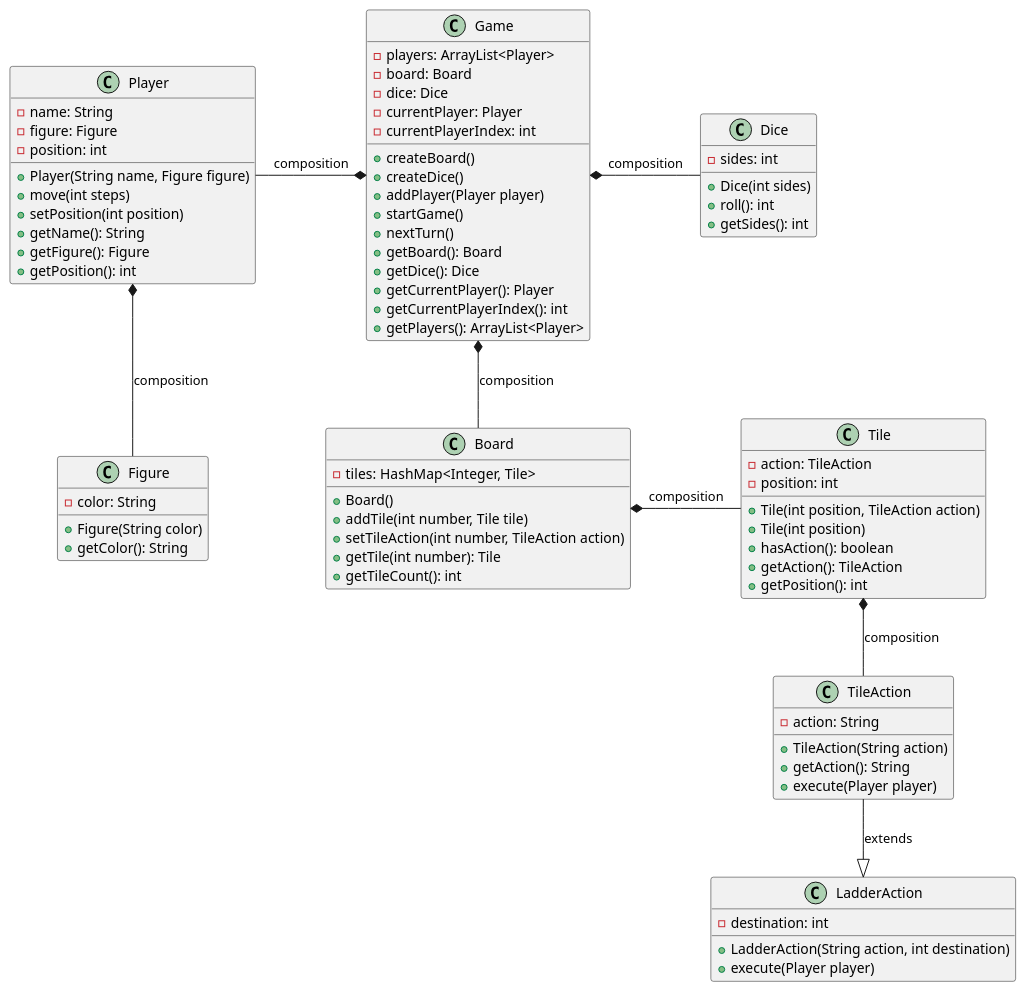
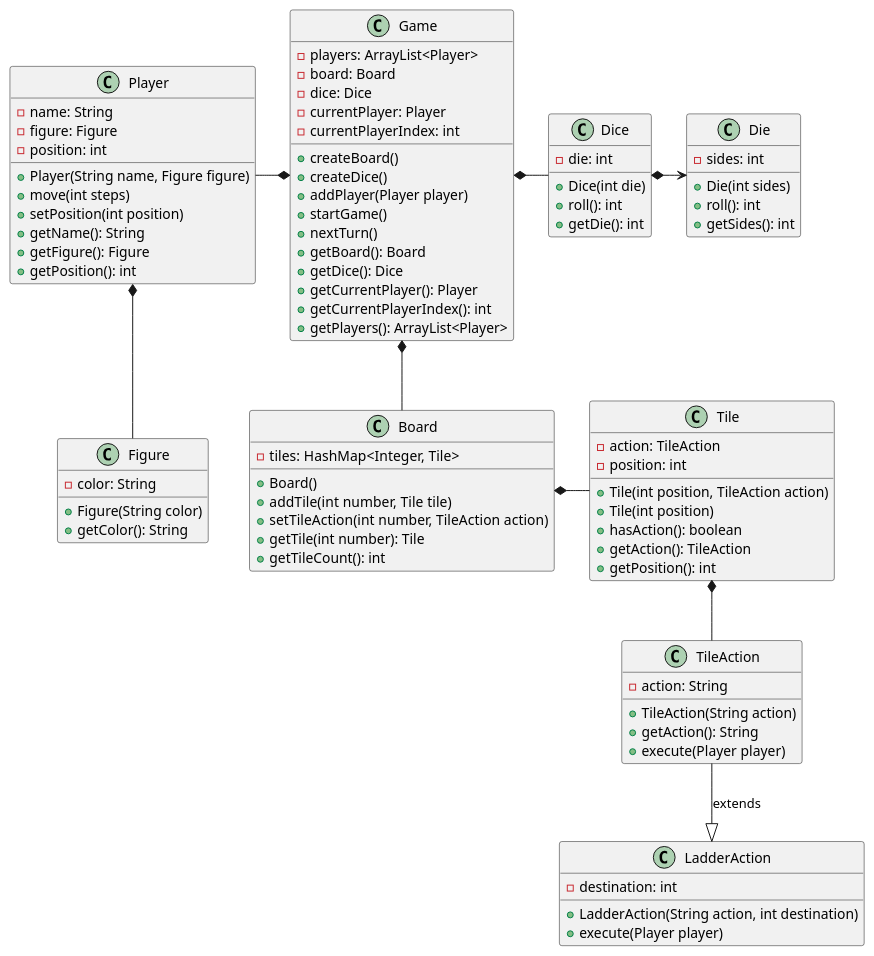
One commit to Segward/ladder-game changed the diagram in classdiagram.puml. Above: the diagram before and after it, drawn with PlantUML. The commit also changed 28 other files, not shown here.

Commit message:
Added die class and next tile in tile class

```diff
--- a/classdiagram.puml
+++ b/classdiagram.puml
@@ -1,86 +1,94 @@
 @startuml
 
 class Game {
     -players: ArrayList<Player>
     -board: Board
     -dice: Dice
     -currentPlayer: Player
     -currentPlayerIndex: int
     +createBoard()
     +createDice()
     +addPlayer(Player player)
     +startGame()
     +nextTurn()
     +getBoard(): Board
     +getDice(): Dice
     +getCurrentPlayer(): Player
     +getCurrentPlayerIndex(): int
     +getPlayers(): ArrayList<Player>
 }
 
 class Player {
     -name: String
     -figure: Figure
     -position: int
     +Player(String name, Figure figure)
     +move(int steps)
     +setPosition(int position)
     +getName(): String
     +getFigure(): Figure
     +getPosition(): int
 }
 
 class Figure {
     -color: String
     +Figure(String color)
     +getColor(): String
 }
 
 class Board {
     -tiles: HashMap<Integer, Tile>
     +Board()
     +addTile(int number, Tile tile)
     +setTileAction(int number, TileAction action)
     +getTile(int number): Tile
     +getTileCount(): int
 }
 
 class Dice {
+    -die: int
+    +Dice(int die)
+    +roll(): int
+    +getDie(): int
+}
+
+class Die {
     -sides: int
-    +Dice(int sides)
+    +Die(int sides)
     +roll(): int
     +getSides(): int
 }
 
 class Tile {
     -action: TileAction
     -position: int
     +Tile(int position, TileAction action)
     +Tile(int position)
     +hasAction(): boolean
     +getAction(): TileAction
     +getPosition(): int
 }
 
 class TileAction {
     -action: String
     +TileAction(String action)
     +getAction(): String
     +execute(Player player)
 }
 
 class LadderAction {
     -destination: int
     +LadderAction(String action, int destination)
     +execute(Player player)
 }
 
-Game *-left- Player: composition
-Game *-- Board: composition
-Game *-right- Dice: composition
-Player *-- Figure: composition
-Board *-right- Tile: composition
-Tile *-- TileAction: composition
+Game *-left- Player
+Game *-down- Board
+Game *-right- Dice
+Dice *-right-> Die
+Player *-- Figure
+Board *-right- Tile
+Tile *-- TileAction
 TileAction --|> LadderAction: extends
 
 @enduml
```
